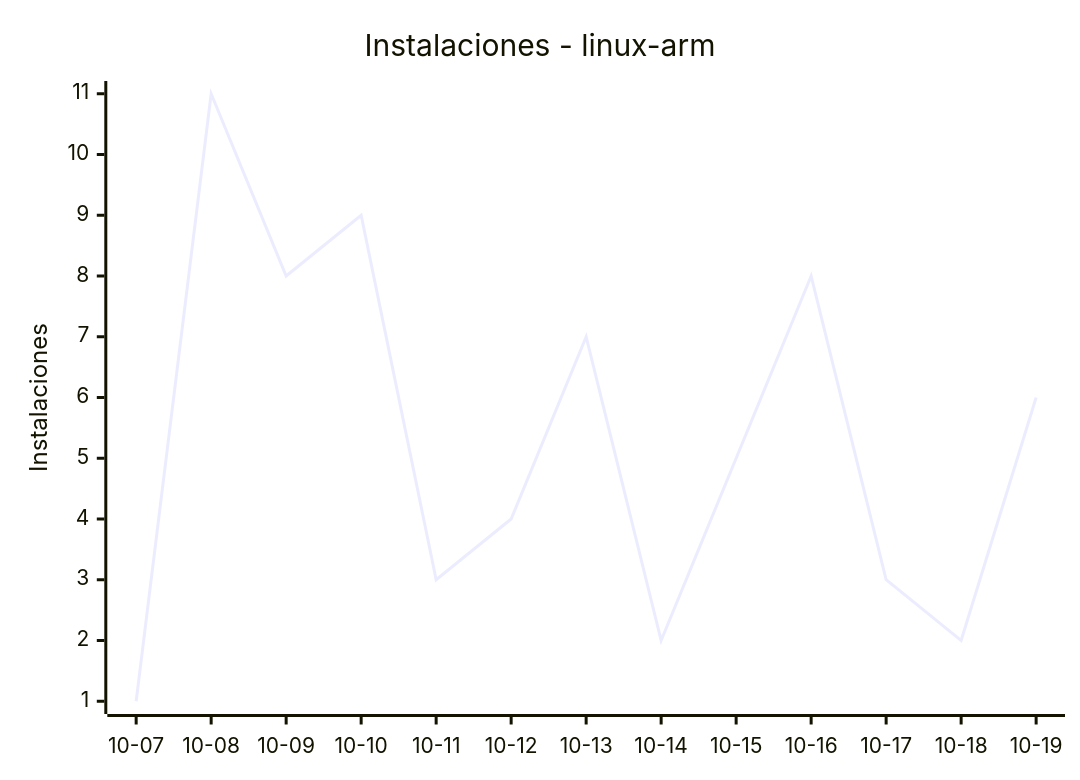
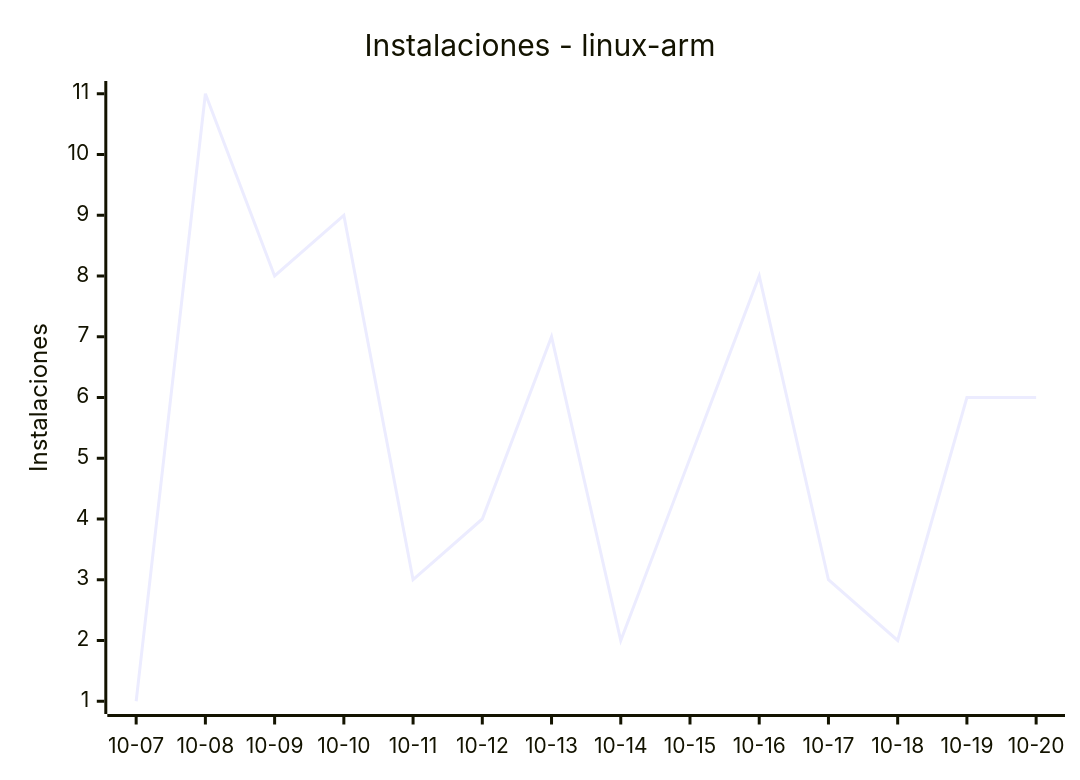
The fifth of 8 diagrams in README.md (EmuDeck/stats), drawn with Mermaid before and after one commit. The commit also changed other lines of this file and 2 other files, not shown here.

````diff
--- a/README.md
+++ b/README.md
@@ -60,7 +60,7 @@
 ```mermaid
 xychart-beta
     title "Instalaciones - linux-arm"
-    x-axis ["10-07", "10-08", "10-09", "10-10", "10-11", "10-12", "10-13", "10-14", "10-15", "10-16", "10-17", "10-18", "10-19"]
+    x-axis ["10-07", "10-08", "10-09", "10-10", "10-11", "10-12", "10-13", "10-14", "10-15", "10-16", "10-17", "10-18", "10-19", "10-20"]
     y-axis "Instalaciones"
-    line [1, 11, 8, 9, 3, 4, 7, 2, 5, 8, 3, 2, 6]
+    line [1, 11, 8, 9, 3, 4, 7, 2, 5, 8, 3, 2, 6, 6]
 ```
````
